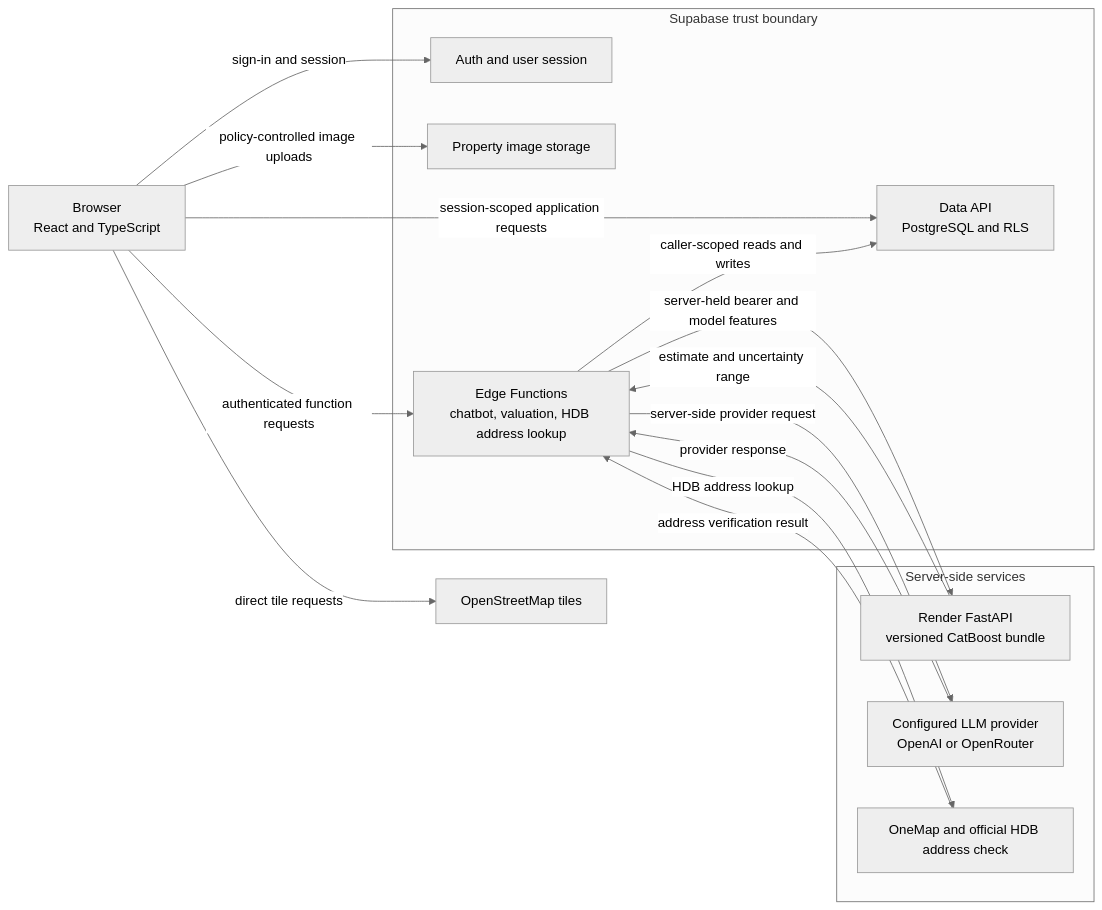
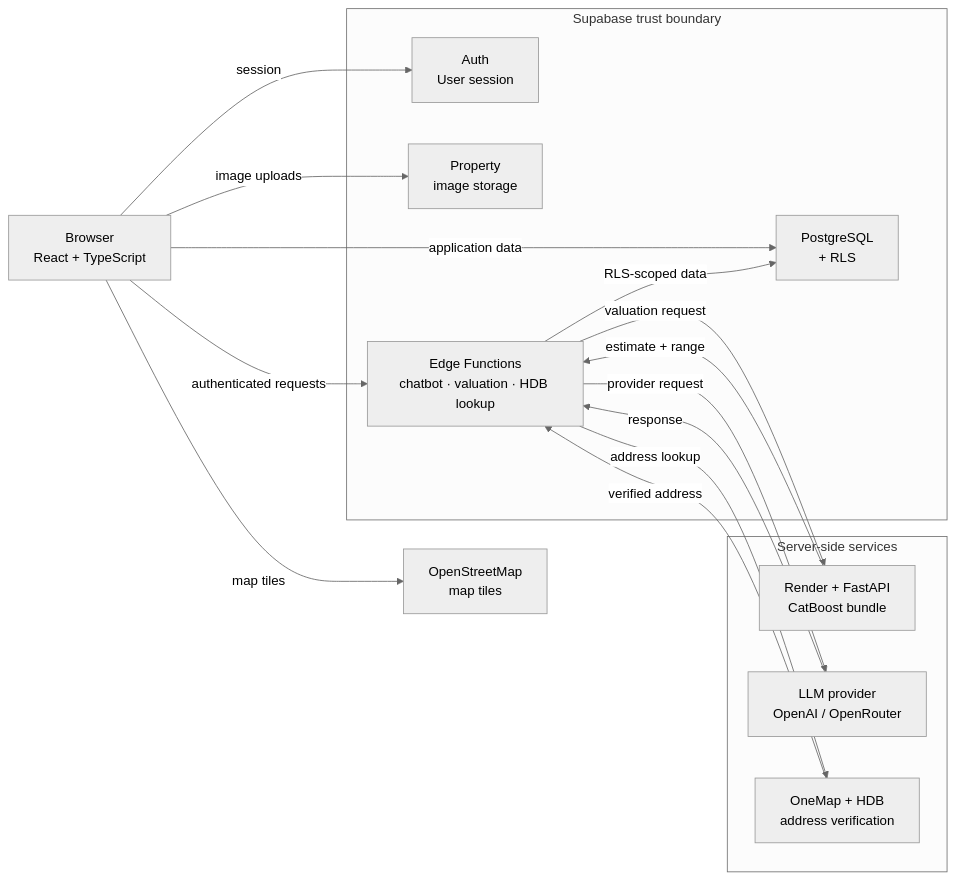
The diagram in README.md (Nitecry7/SC3040-Software-Engineering-Project), drawn with Mermaid (neutral theme) before and after one commit. The commit also changed other lines of this file, not shown here.

````diff
--- a/README.md
+++ b/README.md
@@ -29,32 +64,35 @@
 ```mermaid
 flowchart LR
-  Browser["Browser<br/>React and TypeScript"]
+    Browser["Browser<br/>React + TypeScript"]
 
-  subgraph Supabase["Supabase trust boundary"]
-    Auth["Auth and user session"]
-    Data["Data API<br/>PostgreSQL and RLS"]
-    Storage["Property image storage"]
-    Functions["Edge Functions<br/>chatbot, valuation, HDB address lookup"]
-  end
+    subgraph Supabase["Supabase trust boundary"]
+        Auth["Auth<br/>User session"]
+        Data["PostgreSQL<br/>+ RLS"]
+        Storage["Property<br/>image storage"]
+        Functions["Edge Functions<br/>chatbot · valuation · HDB lookup"]
+    end
 
-  subgraph Services["Server-side services"]
-    Render["Render FastAPI<br/>versioned CatBoost bundle"]
-    Provider["Configured LLM provider<br/>OpenAI or OpenRouter"]
-    Address["OneMap and official HDB address check"]
-  end
+    subgraph Services["Server-side services"]
+        Render["Render + FastAPI<br/>CatBoost bundle"]
+        Provider["LLM provider<br/>OpenAI / OpenRouter"]
+        Address["OneMap + HDB<br/>address verification"]
+    end
 
-  Tiles["OpenStreetMap tiles"]
+    Tiles["OpenStreetMap<br/>map tiles"]
 
-  Browser -->|sign-in and session| Auth
-  Browser -->|session-scoped application requests| Data
-  Browser -->|authenticated function requests| Functions
-  Browser -->|policy-controlled image uploads| Storage
-  Browser -->|direct tile requests| Tiles
-  Functions -->|caller-scoped reads and writes| Data
-  Functions -->|server-held bearer and model features| Render
-  Render -->|estimate and uncertainty range| Functions
-  Functions -->|server-side provider request| Provider
-  Provider -->|provider response| Functions
-  Functions -->|HDB address lookup| Address
-  Address -->|address verification result| Functions
+    Browser -->|"session"| Auth
+    Browser -->|"application data"| Data
+    Browser -->|"authenticated requests"| Functions
+    Browser -->|"image uploads"| Storage
+    Browser -->|"map tiles"| Tiles
+
+    Functions -->|"RLS-scoped data"| Data
+    Functions -->|"valuation request"| Render
+    Render -->|"estimate + range"| Functions
+
+    Functions -->|"provider request"| Provider
+    Provider -->|"response"| Functions
+
+    Functions -->|"address lookup"| Address
+    Address -->|"verified address"| Functions
 ```
````
